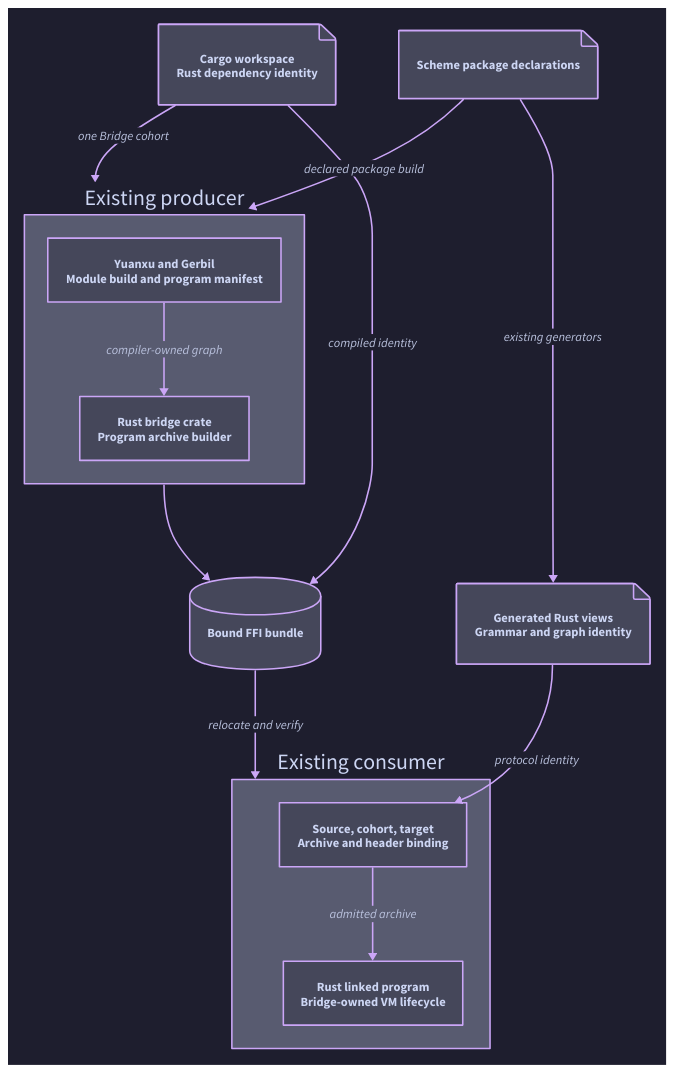
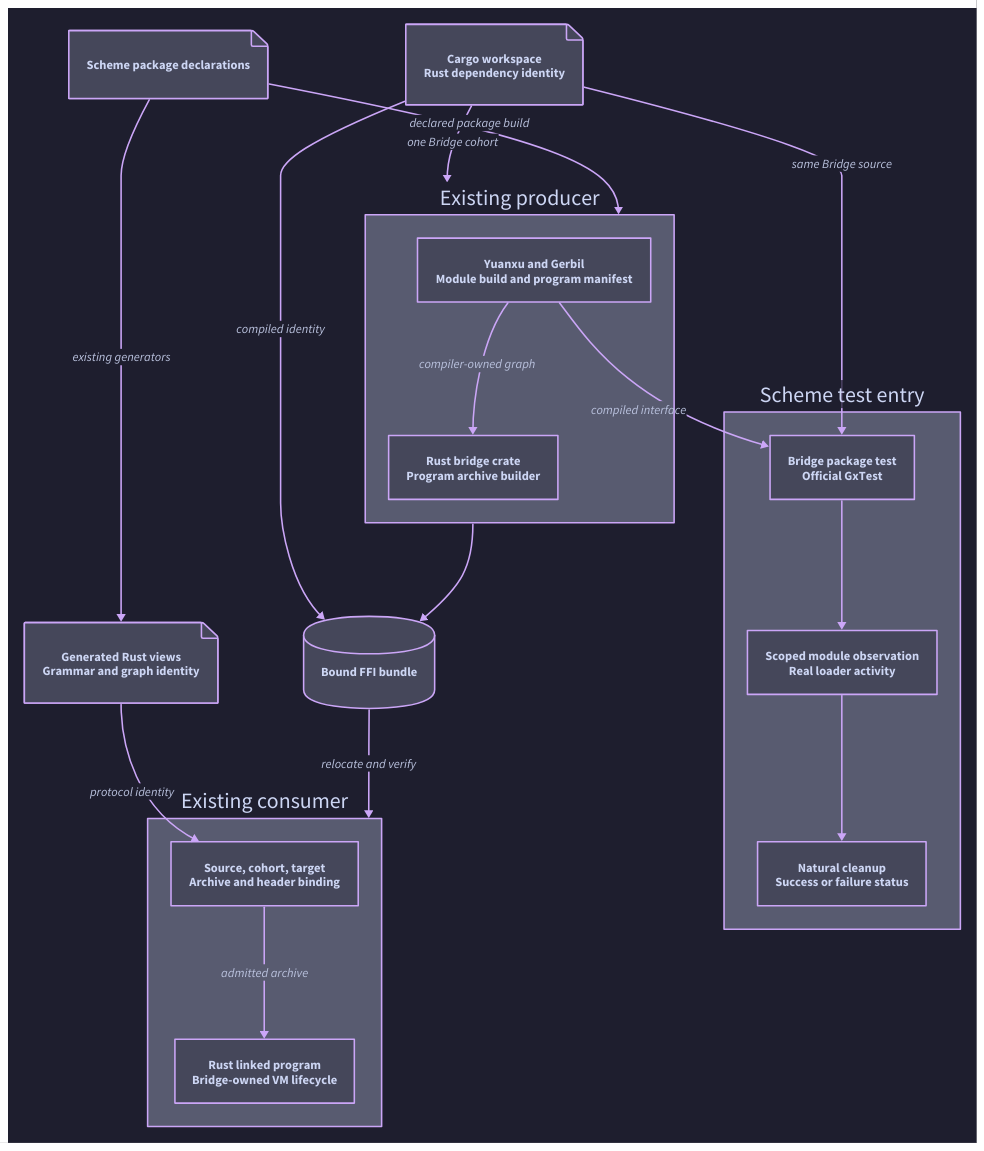
Before and after one commit to tao3k/orgize: the diagram in docs/20_parser/20.09_cargo_bridge_ownership.d2, drawn with D2. The commit also changed 12 other files, not shown here.

Commit message:
fix: observe bridge-owned Scheme CLI work through natural cleanup

```diff
--- a/docs/20_parser/20.09_cargo_bridge_ownership.d2
+++ b/docs/20_parser/20.09_cargo_bridge_ownership.d2
@@ -1,28 +1,39 @@
 direction: down
 vars: {d2-config: {theme-id: 200; pad: 32}}
 
 cargo: "Cargo workspace\nRust dependency identity" {shape: page}
 scheme: "Scheme package declarations" {shape: page}
 producer: "Existing producer" {
   direction: right
   compiler: "Yuanxu and Gerbil\nModule build and program manifest"
   archive: "Rust bridge crate\nProgram archive builder"
   compiler -> archive: "compiler-owned graph"
 }
 products: "Generated Rust views\nGrammar and graph identity" {shape: page}
 bundle: "Bound FFI bundle" {shape: cylinder}
 consumer: "Existing consumer" {
   direction: right
   admission: "Source, cohort, target\nArchive and header binding"
   runtime: "Rust linked program\nBridge-owned VM lifecycle"
   admission -> runtime: "admitted archive"
 }
 
 scheme -> producer: "declared package build"
 cargo -> producer: "one Bridge cohort"
 producer -> bundle
 cargo -> bundle: "compiled identity"
 bundle -> consumer: "relocate and verify"
 
 scheme -> products: "existing generators"
 products -> consumer.admission: "protocol identity"
+
+cli: "Scheme test entry" {
+  direction: down
+  owner: "Bridge package test\nOfficial GxTest"
+  work: "Scoped module observation\nReal loader activity"
+  cleanup: "Natural cleanup\nSuccess or failure status"
+  owner -> work
+  work -> cleanup
+}
+producer.compiler -> cli.owner: "compiled interface"
+cargo -> cli.owner: "same Bridge source"
```
